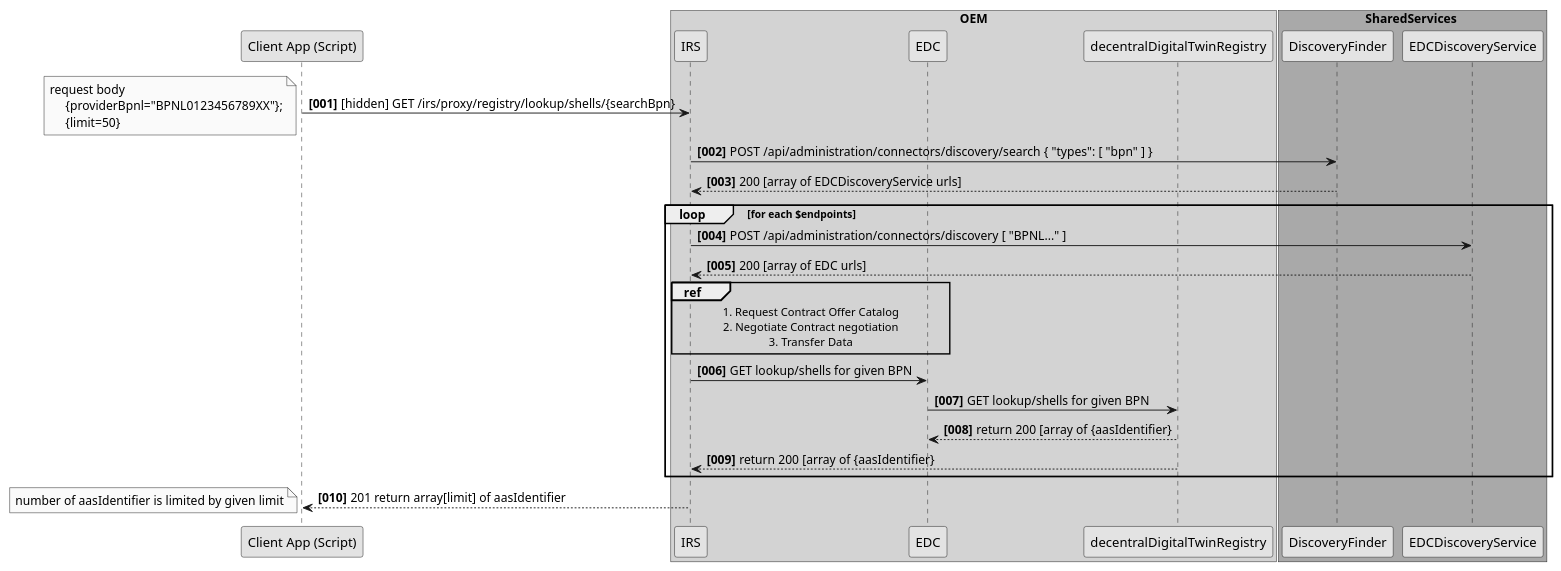
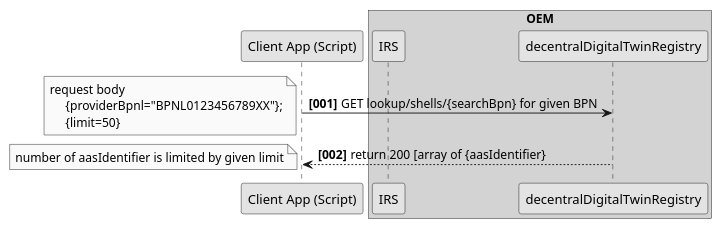
Before and after one commit to eclipse-tractusx/item-relationship-service: the diagram in docs/src/uml-diagrams/irs-recursive/ess-top-down/sequence/1_ess-top-down-sequence-Get_AAS_Assets_by_BPN.puml, drawn with PlantUML. The commit also changed 6 other files, not shown here.

```diff
--- a/docs/src/uml-diagrams/irs-recursive/ess-top-down/sequence/1_ess-top-down-sequence-Get_AAS_Assets_by_BPN.puml
+++ b/docs/src/uml-diagrams/irs-recursive/ess-top-down/sequence/1_ess-top-down-sequence-Get_AAS_Assets_by_BPN.puml
@@ -1,48 +1,27 @@
 @startuml
 skinparam monochrome true
 skinparam shadowing false
 skinparam defaultFontName "Architects daughter"
 
 autonumber "<b>[000]"
 
 participant "Client App (Script)" as Client
 
 box "OEM" #LightGrey
     participant IRS as IRS
-    participant EDC as EDC
     participant decentralDigitalTwinRegistry as dDTR
 end box
 
-
-box SharedServices #DarkGrey
-    participant DiscoveryFinder as DiscoveryFinder
-    participant EDCDiscoveryService as EDCDiscoveryService
-end box
-
-    Client -> IRS : [hidden] GET /irs/proxy/registry/lookup/shells/{searchBpn}
+    Client -> dDTR :  GET lookup/shells/{searchBpn} for given BPN
     note left
         request body
              {providerBpnl="BPNL0123456789XX"};
              {limit=50}
     end note
-    IRS -> DiscoveryFinder : POST /api/administration/connectors/discovery/search { "types": [ "bpn" ] }
-    IRS <-- DiscoveryFinder: 200 [array of EDCDiscoveryService urls]
-    loop for each $endpoints
-        IRS -> EDCDiscoveryService : POST /api/administration/connectors/discovery [ "BPNL..." ]
-        IRS <-- EDCDiscoveryService : 200 [array of EDC urls]
-        ref over IRS, EDC
-            1. Request Contract Offer Catalog
-            2. Negotiate Contract negotiation
-            3. Transfer Data
-        end ref
-        IRS -> EDC : GET lookup/shells for given BPN
-        EDC -> dDTR: GET lookup/shells for given BPN
-        EDC <-- dDTR: return 200 [array of {aasIdentifier}
-        IRS <-- dDTR: return 200 [array of {aasIdentifier}
-    end
-     Client <-- IRS : 201 return array[limit] of aasIdentifier
+
+     Client <-- dDTR: return 200 [array of {aasIdentifier}
      note left
         number of aasIdentifier is limited by given limit
      end note
 
 @enduml
```
